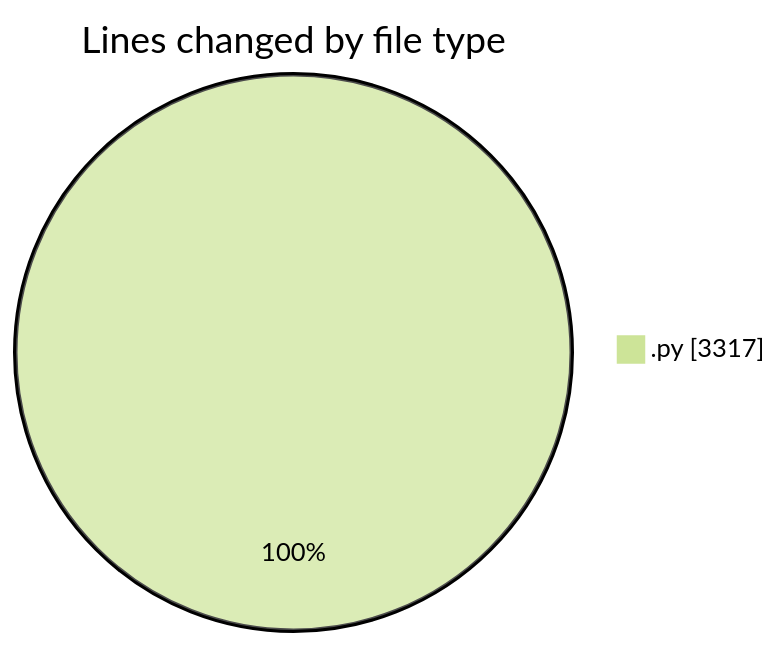
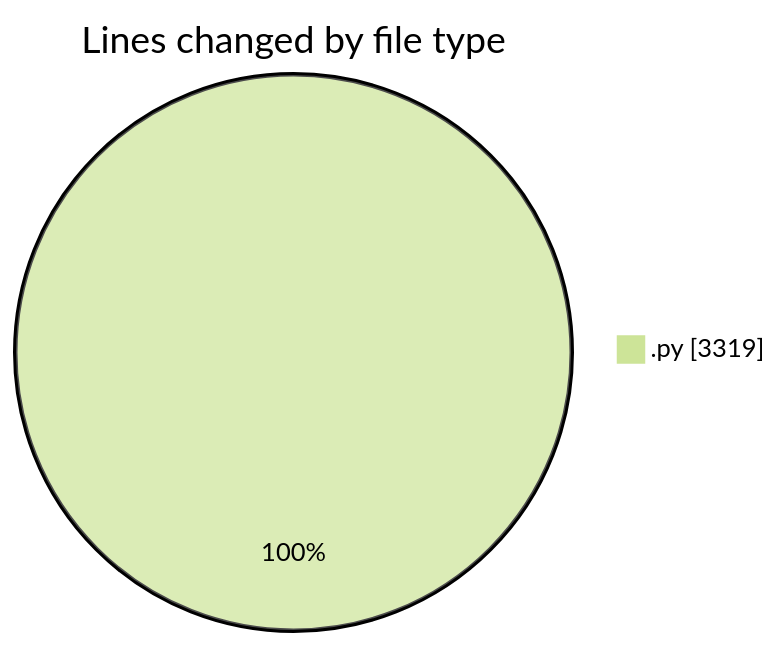
The first of 2 diagrams in 2025-11-19/eventscop-api-guide__workspace_/README.md (julien-gomy/code-tracking), drawn with Mermaid (forest theme) before and after one commit. The commit also changed other lines of this file and 1 other file, not shown here.

````diff
--- a/2025-11-19/eventscop-api-guide__workspace_/README.md
+++ b/2025-11-19/eventscop-api-guide__workspace_/README.md
@@ -25,5 +25,5 @@
 ```mermaid
 pie showData
 title Lines changed by file type
-".py" : 3317
+".py" : 3319
 ```
````
